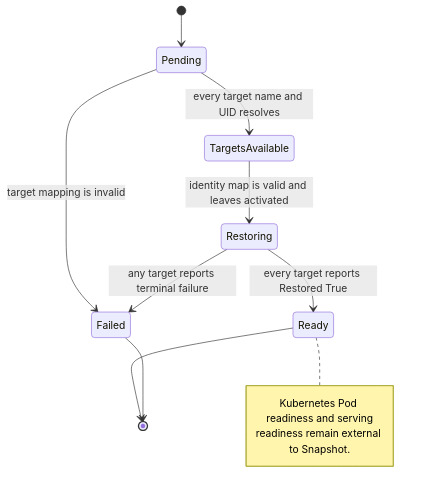
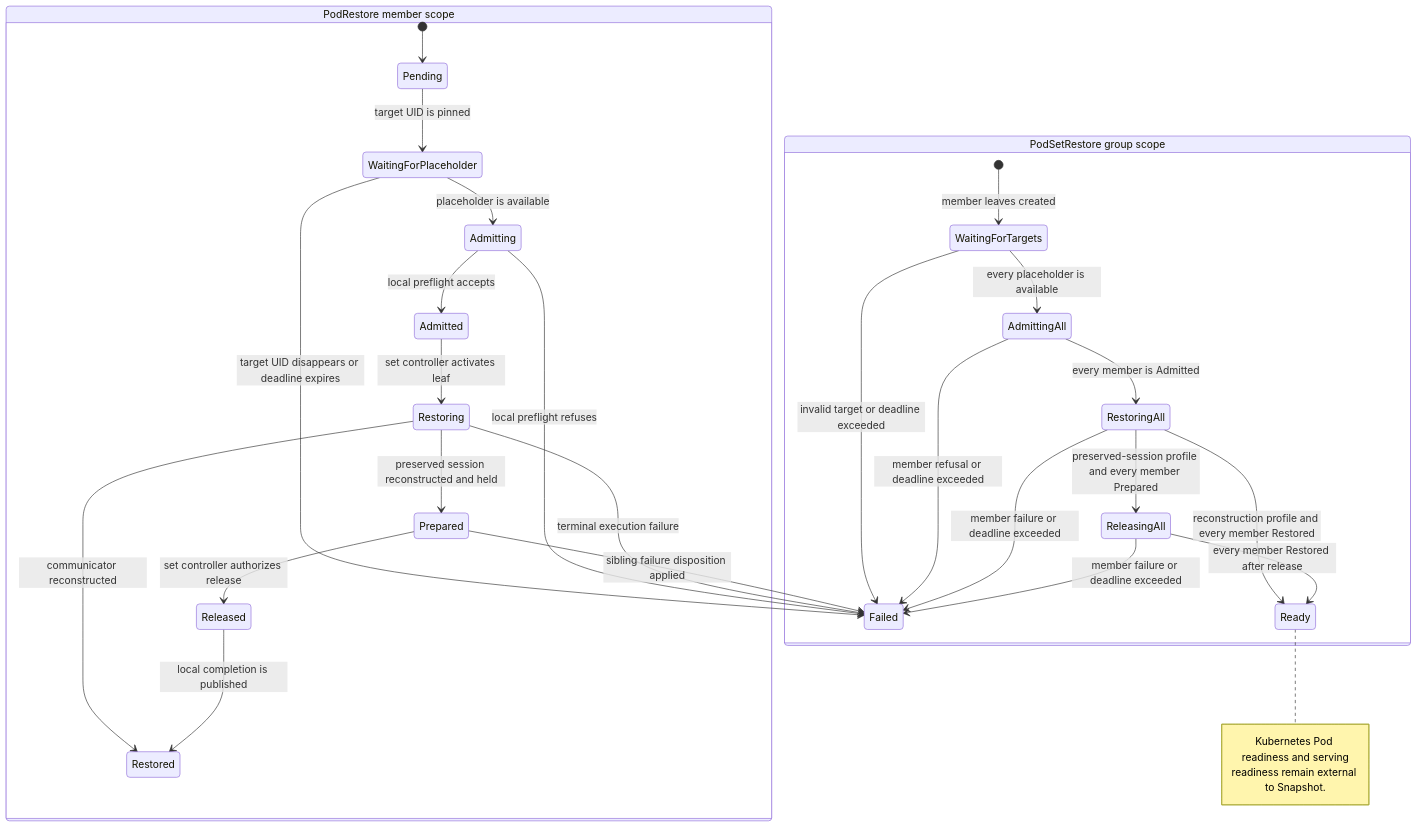
Before and after one commit to ai-dynamo/snapshot: the diagram in docs/proposals/324-multi-pod-snapshot-restore/diagrams/restore-state.mmd, drawn with Mermaid. The commit also changed 10 other files, not shown here.

```diff
--- a/docs/proposals/324-multi-pod-snapshot-restore/diagrams/restore-state.mmd
+++ b/docs/proposals/324-multi-pod-snapshot-restore/diagrams/restore-state.mmd
@@ -1,17 +1,37 @@
 %% SPDX-FileCopyrightText: Copyright (c) 2026 NVIDIA CORPORATION & AFFILIATES. All rights reserved.
 %% SPDX-License-Identifier: Apache-2.0
 
 stateDiagram-v2
-    [*] --> Pending
-    Pending --> TargetsAvailable: every target name and UID resolves
-    Pending --> Failed: target mapping is invalid
-    TargetsAvailable --> Restoring: identity map is valid and leaves activated
-    Restoring --> Ready: every target reports Restored True
-    Restoring --> Failed: any target reports terminal failure
-    Ready --> [*]
-    Failed --> [*]
+    state "PodRestore member scope" as Member {
+        [*] --> Pending
+        Pending --> WaitingForPlaceholder: target UID is pinned
+        WaitingForPlaceholder --> Admitting: placeholder is available
+        WaitingForPlaceholder --> Failed: target UID disappears or deadline expires
+        Admitting --> Admitted: local preflight accepts
+        Admitting --> Failed: local preflight refuses
+        Admitted --> Restoring: set controller activates leaf
+        Restoring --> Restored: communicator reconstructed
+        Restoring --> Prepared: preserved session reconstructed and held
+        Prepared --> Released: set controller authorizes release
+        Released --> Restored: local completion is published
+        Restoring --> Failed: terminal execution failure
+        Prepared --> Failed: sibling failure disposition applied
+    }
+
+    state "PodSetRestore group scope" as Set {
+        [*] --> WaitingForTargets: member leaves created
+        WaitingForTargets --> AdmittingAll: every placeholder is available
+        AdmittingAll --> RestoringAll: every member is Admitted
+        RestoringAll --> ReleasingAll: preserved-session profile and every member Prepared
+        RestoringAll --> Ready: reconstruction profile and every member Restored
+        ReleasingAll --> Ready: every member Restored after release
+        WaitingForTargets --> Failed: invalid target or deadline exceeded
+        AdmittingAll --> Failed: member refusal or deadline exceeded
+        RestoringAll --> Failed: member failure or deadline exceeded
+        ReleasingAll --> Failed: member failure or deadline exceeded
+    }
 
     note right of Ready
         Kubernetes Pod readiness and serving
         readiness remain external to Snapshot.
     end note
```
